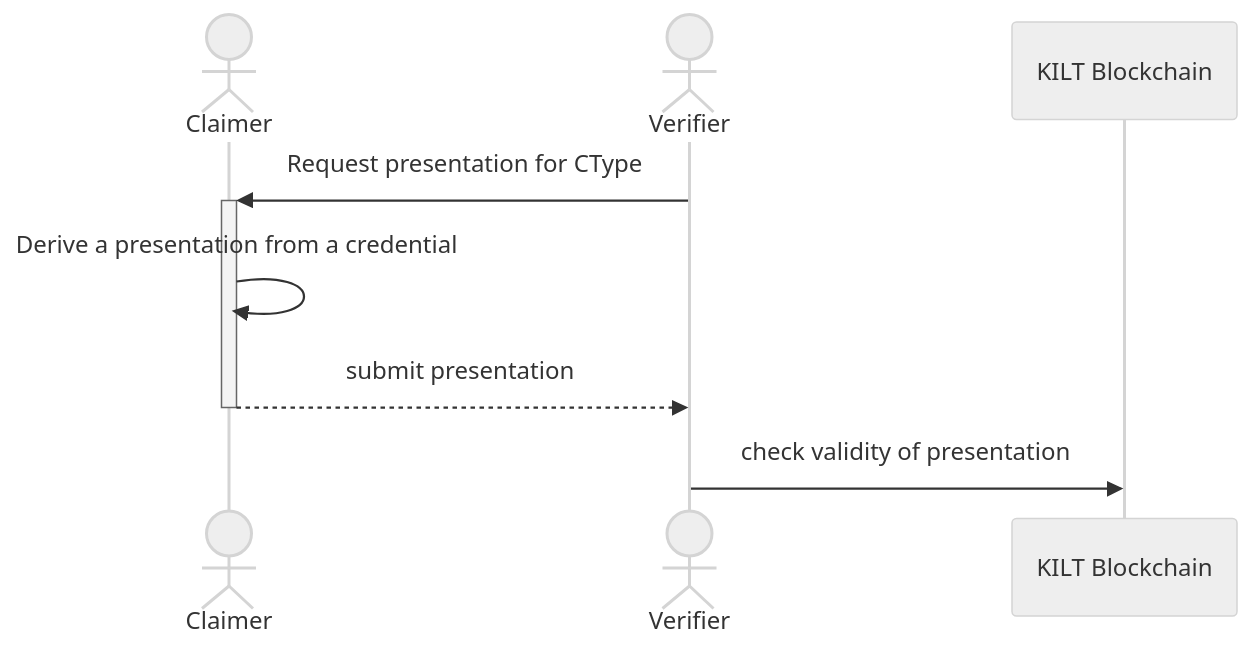
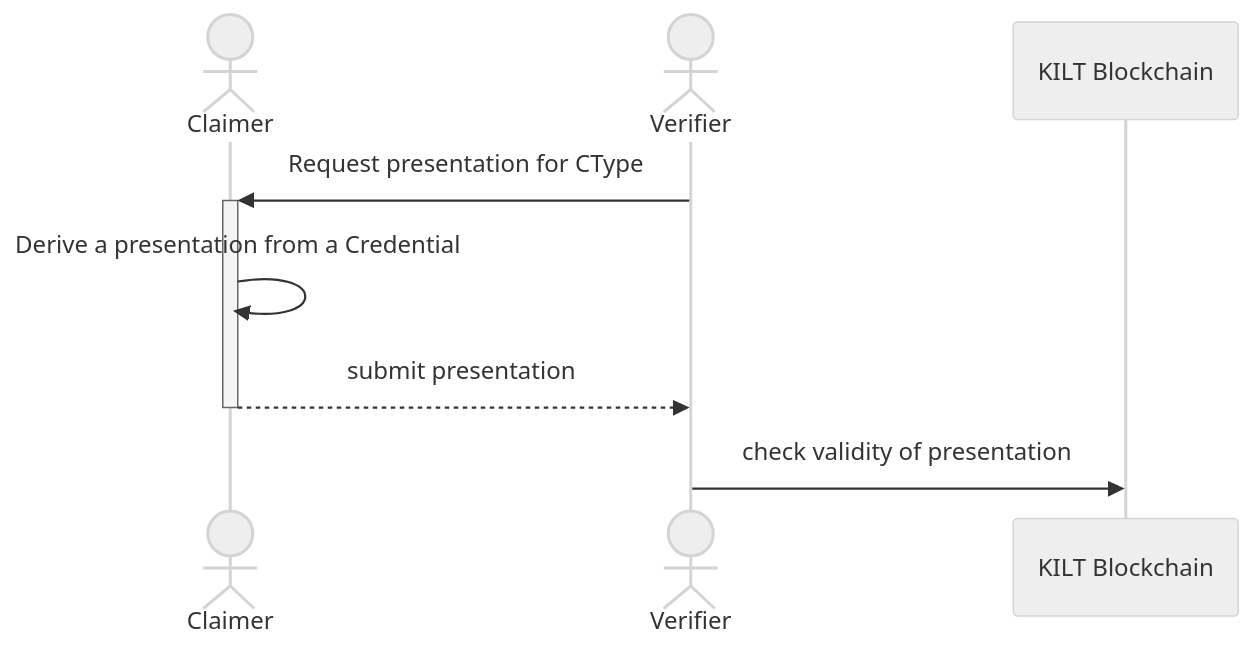
Before and after one commit to KILTprotocol/docs: the second of 2 diagrams in docs/develop/03_workshop/03_overview.md, drawn with Mermaid (neutral theme). The commit also changed other lines of this file and 20 other files, not shown here.

````diff
--- a/docs/develop/03_workshop/03_overview.md
+++ b/docs/develop/03_workshop/03_overview.md
@@ -47,10 +47,10 @@
 ```mermaid
 sequenceDiagram
 actor C as Claimer
 actor V as Verifier
 participant B as KILT Blockchain
     V->>+C: Request presentation for CType
-    C->>C: Derive a presentation from a credential
+    C->>C: Derive a presentation from a Credential
     C-->>-V: submit presentation
     V->>B: check validity of presentation
 ```
````
